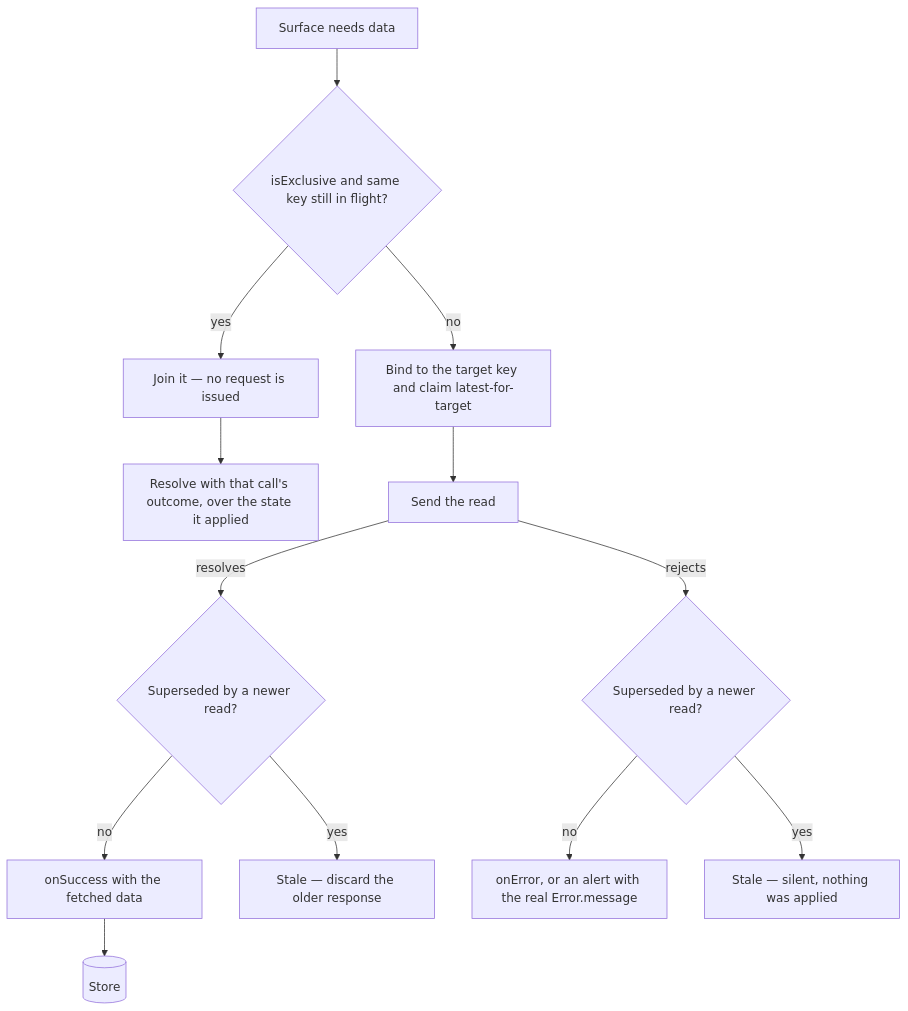
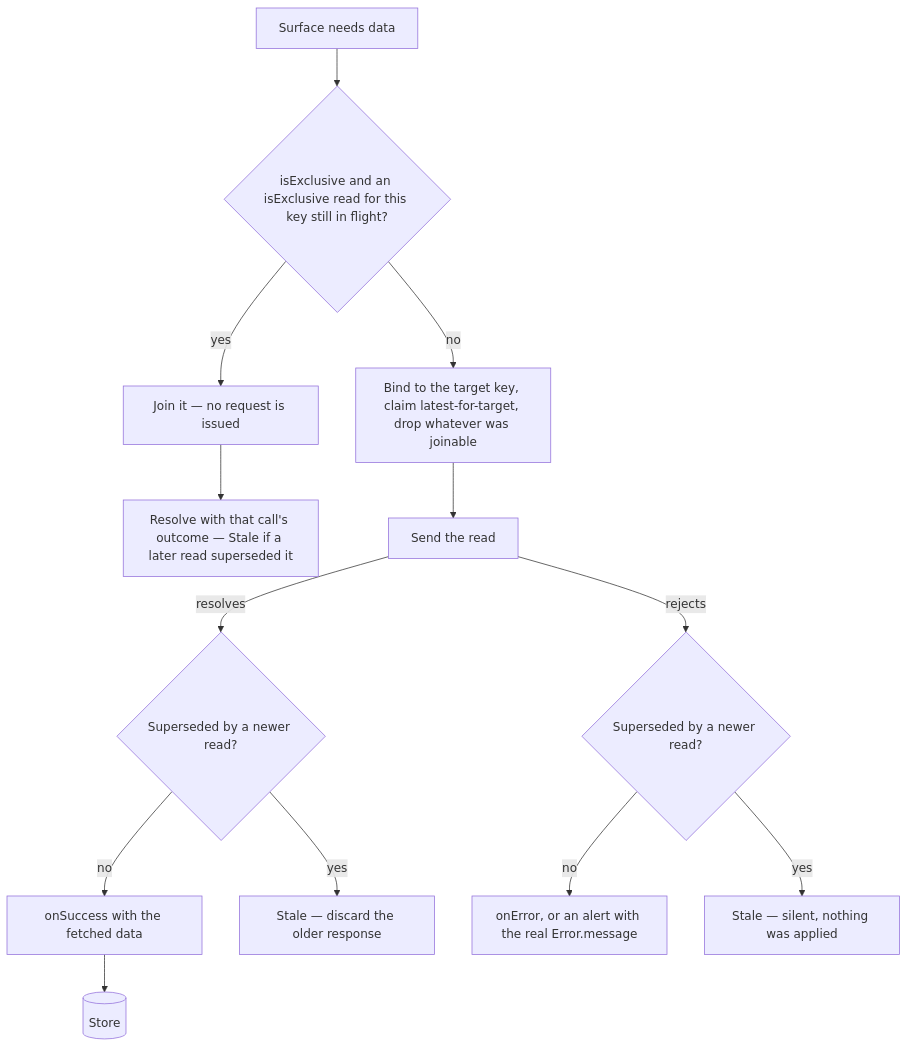
Before and after one commit to Esposter/Esposter: the first of 2 diagrams in packages/app/content/docs/architecture/async-operations.md, drawn with Mermaid. The commit also changed other lines of this file and 12 other files, not shown here.

````diff
--- a/packages/app/content/docs/architecture/async-operations.md
+++ b/packages/app/content/docs/architecture/async-operations.md
@@ -88,15 +92,15 @@
 ```mermaid
 flowchart TD
-  Need[Surface needs data] --> Exclusive{isExclusive and same key still in flight?}
+  Need[Surface needs data] --> Exclusive{isExclusive and an isExclusive read for this key still in flight?}
   Exclusive -->|yes| Join[Join it — no request is issued]
-  Exclusive -->|no| Bind[Bind to the target key and claim latest-for-target]
-  Join --> Shared[Resolve with that call's outcome, over the state it applied]
+  Exclusive -->|no| Bind[Bind to the target key, claim latest-for-target, drop whatever was joinable]
+  Join --> Shared[Resolve with that call's outcome — Stale if a later read superseded it]
   Bind --> Send[Send the read]
   Send -->|resolves| Superseded{Superseded by a newer read?}
   Send -->|rejects| Lost{Superseded by a newer read?}
   Superseded -->|no| Success[onSuccess with the fetched data]
   Superseded -->|yes| Stale[Stale — discard the older response]
   Lost -->|no| Report[onError, or an alert with the real Error.message]
   Lost -->|yes| Silent[Stale — silent, nothing was applied]
   Success --> Store[(Store)]
 ```
````
